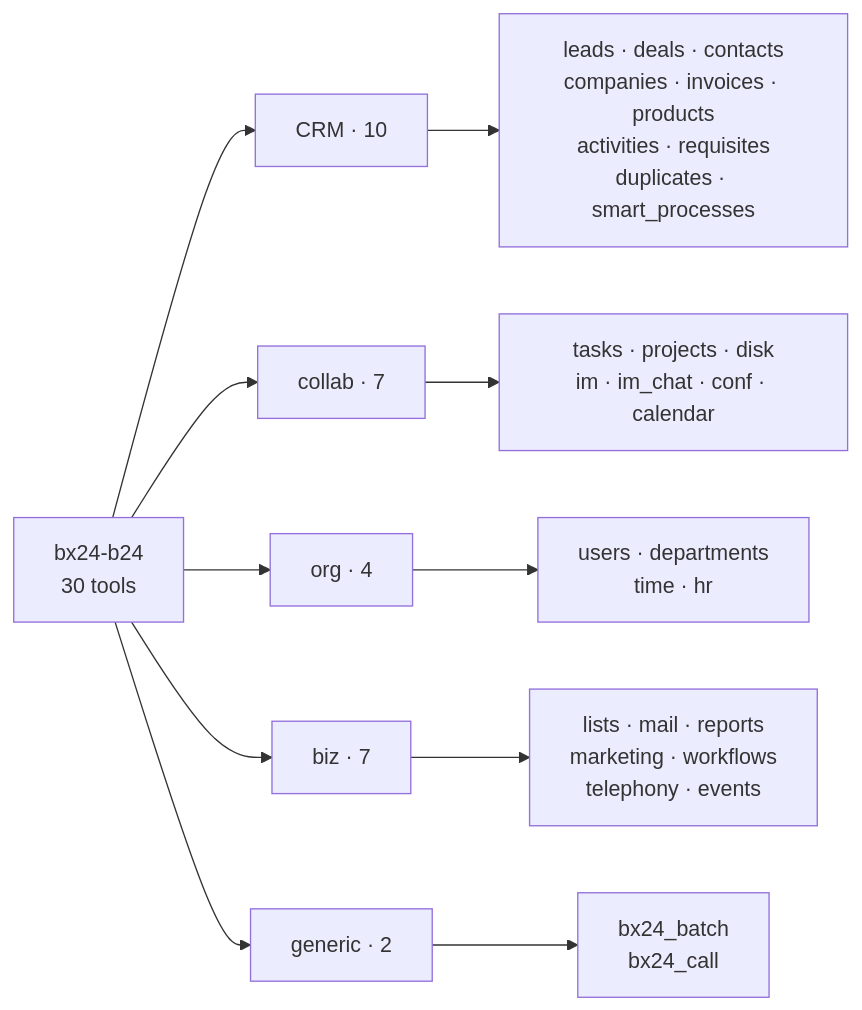
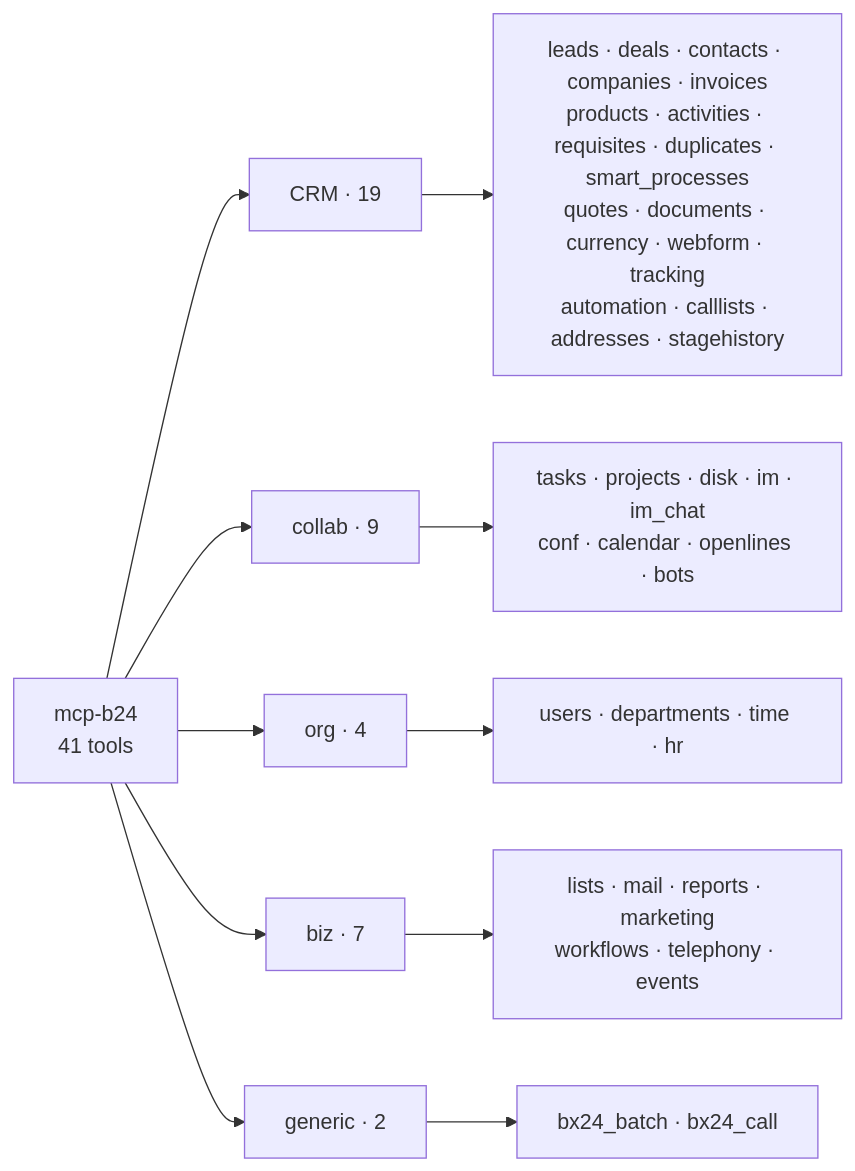
The diagram in docs/en/TOOLS_REFERENCE.md (kostikpenzin/mcp_b24), drawn with Mermaid before and after one commit. The commit also changed other lines of this file and 53 other files, not shown here.

First line of the commit message:
release: mcp-b24 v0.3.0 — full Bitrix24 API coverage (41 tools, ~870 actions)

````diff
--- a/docs/en/TOOLS_REFERENCE.md
+++ b/docs/en/TOOLS_REFERENCE.md
@@ -9,13 +9,13 @@
 ```mermaid
 flowchart LR
-    R["bx24-b24<br/>30 tools"] --> CRM["CRM · 10"]
-    R --> COL["collab · 7"]
+    R["mcp-b24<br/>41 tools"] --> CRM["CRM · 19"]
+    R --> COL["collab · 9"]
     R --> ORG["org · 4"]
     R --> BIZ["biz · 7"]
     R --> GEN["generic · 2"]
-    CRM --> L["leads · deals · contacts<br/>companies · invoices · products<br/>activities · requisites<br/>duplicates · smart_processes"]
-    COL --> T["tasks · projects · disk<br/>im · im_chat · conf · calendar"]
-    ORG --> U["users · departments<br/>time · hr"]
-    BIZ --> W["lists · mail · reports<br/>marketing · workflows<br/>telephony · events"]
-    GEN --> G["bx24_batch<br/>bx24_call"]
+    CRM --> L["leads · deals · contacts · companies · invoices<br/>products · activities · requisites · duplicates · smart_processes<br/>quotes · documents · currency · webform · tracking<br/>automation · calllists · addresses · stagehistory"]
+    COL --> T["tasks · projects · disk · im · im_chat<br/>conf · calendar · openlines · bots"]
+    ORG --> U["users · departments · time · hr"]
+    BIZ --> W["lists · mail · reports · marketing<br/>workflows · telephony · events"]
+    GEN --> G["bx24_batch · bx24_call"]
 ```
````
